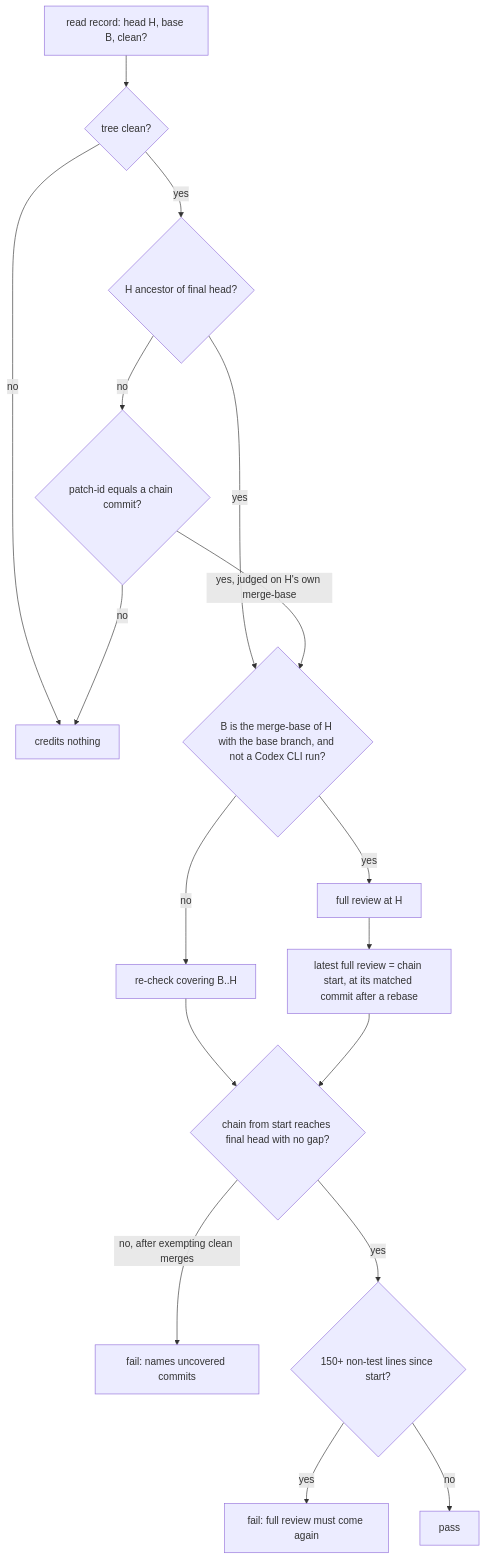
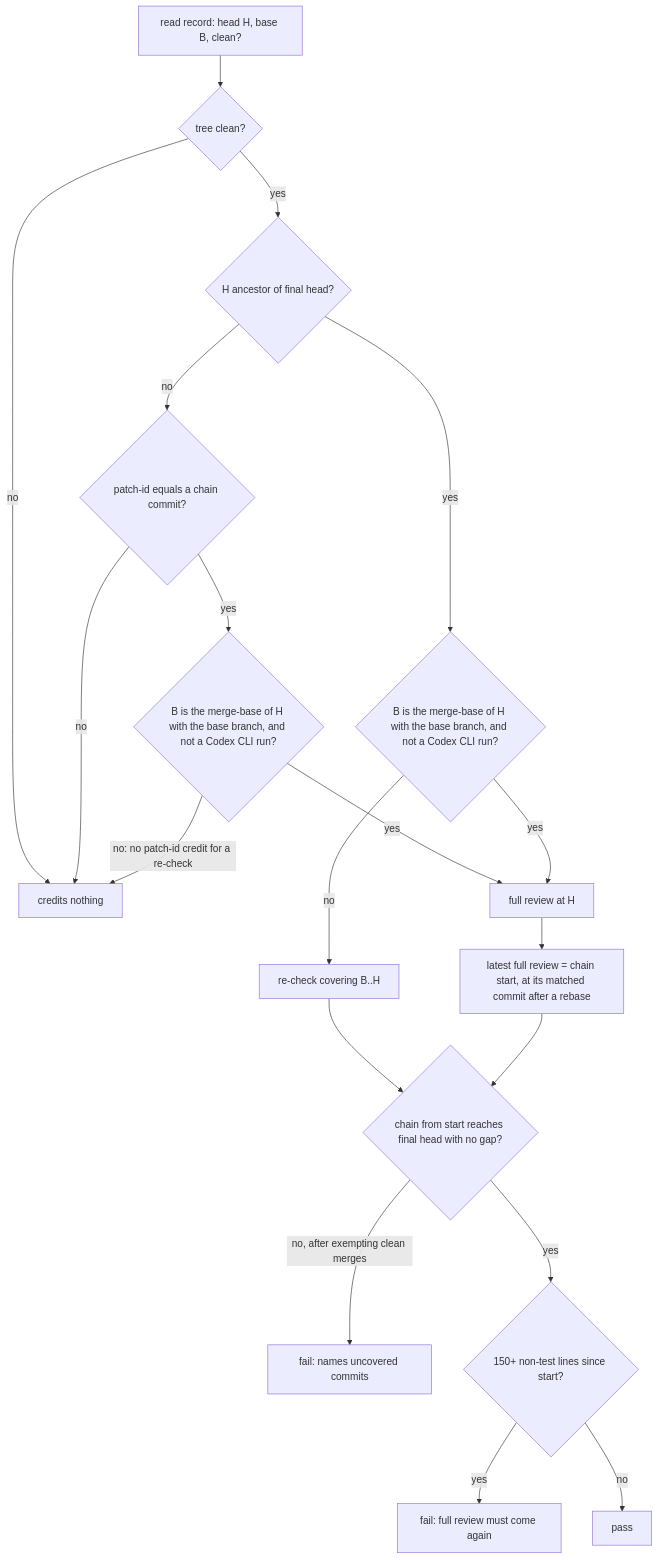
One commit to kodhama/grove changed the second of 2 diagrams in docs/plans/2026-11-08-kod-44-merge-gate-plan.md. Above: the diagram before and after it, drawn with Mermaid.

Commit message:
docs(plan): KOD-44 flowchart gives patch-id credit to full reviews only
Part of KOD-44.

Claude-Session: https://claude.ai/code/session_011pWxucyUJgReri5RUD4BrP

````diff
--- a/docs/plans/2026-11-08-kod-44-merge-gate-plan.md
+++ b/docs/plans/2026-11-08-kod-44-merge-gate-plan.md
@@ -141,19 +141,21 @@
 ```mermaid
 flowchart TB
   R[read record: head H, base B, clean?] --> D{tree clean?}
   D -->|no| X[credits nothing]
   D -->|yes| A{H ancestor of final head?}
   A -->|yes| F{B is the merge-base of H with the base branch, and not a Codex CLI run?}
   A -->|no| P{patch-id equals a chain commit?}
   P -->|no| X
-  P -->|yes, judged on H's own merge-base| F
+  P -->|yes| PF{B is the merge-base of H with the base branch, and not a Codex CLI run?}
+  PF -->|yes| FULL
+  PF -->|no: no patch-id credit for a re-check| X
   F -->|yes| FULL[full review at H]
   F -->|no| RC[re-check covering B..H]
   FULL --> L[latest full review = chain start, at its matched commit after a rebase]
   RC --> CH{chain from start reaches final head with no gap?}
   L --> CH
   CH -->|no, after exempting clean merges| FAIL[fail: names uncovered commits]
   CH -->|yes| N{150+ non-test lines since start?}
   N -->|yes| FAIL2[fail: full review must come again]
   N -->|no| PASS[pass]
 ```
````
